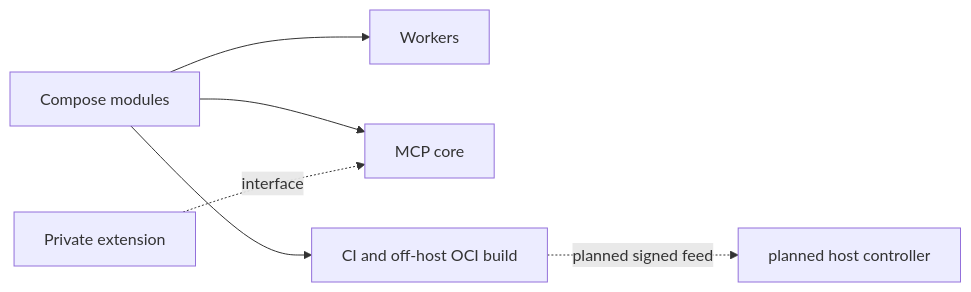
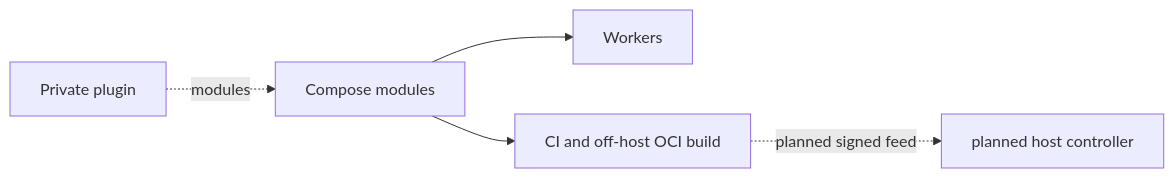
The diagram in docs/architecture/overview.md (jon-robbins/homelab), drawn with Mermaid before and after one commit. The commit also changed other lines of this file and 97 other files, not shown here.

````diff
--- a/docs/architecture/overview.md
+++ b/docs/architecture/overview.md
@@ -7,8 +7,7 @@
 ```mermaid
 flowchart LR
   C[Compose modules] --> W[Workers]
-  C --> M[MCP core]
-  E[Private extension] -. interface .-> M
+  E[Private plugin] -. modules .-> C
   C --> CI[CI and off-host OCI build]
   CI -. planned signed feed .-> H[planned host controller]
 ```
````
